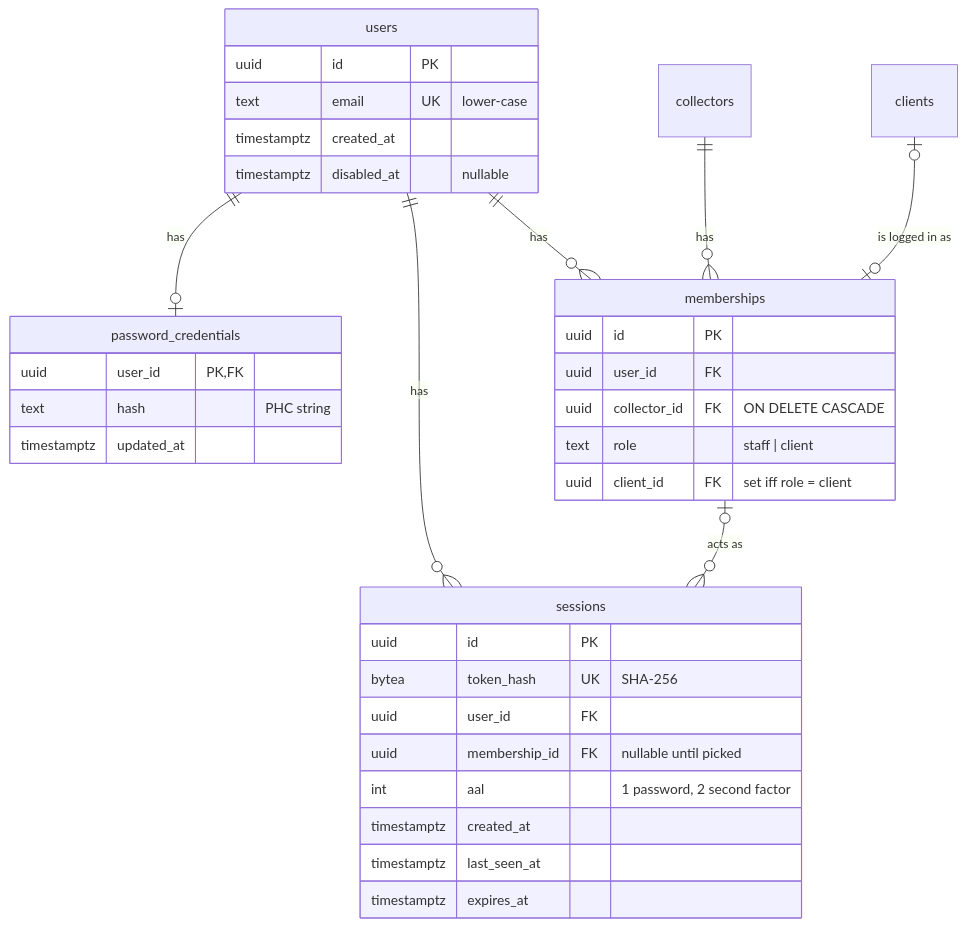
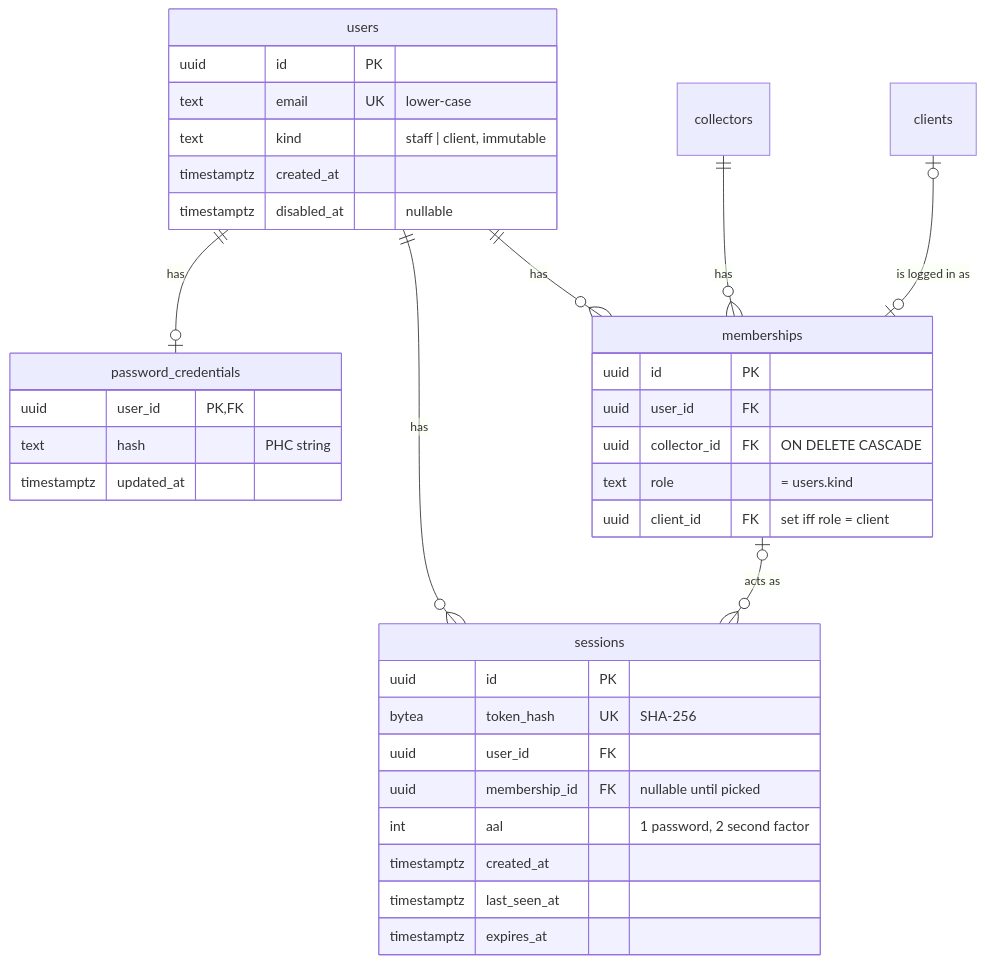
Before and after one commit to TimoSto/tax-return-organizer: the first of 2 diagrams in backend/docs/AUTHENTICATION.md, drawn with Mermaid. The commit also changed other lines of this file and 1 other file, not shown here.

````diff
--- a/backend/docs/AUTHENTICATION.md
+++ b/backend/docs/AUTHENTICATION.md
@@ -32,38 +32,39 @@
 ```mermaid
 erDiagram
     users ||--o| password_credentials : "has"
     users ||--o{ memberships : "has"
     collectors ||--o{ memberships : "has"
     clients |o--o| memberships : "is logged in as"
     users ||--o{ sessions : "has"
     memberships |o--o{ sessions : "acts as"
 
     users {
         uuid id PK
         text email UK "lower-case"
+        text kind "staff | client, immutable"
         timestamptz created_at
         timestamptz disabled_at "nullable"
     }
     password_credentials {
         uuid user_id PK,FK
         text hash "PHC string"
         timestamptz updated_at
     }
     memberships {
         uuid id PK
         uuid user_id FK
         uuid collector_id FK "ON DELETE CASCADE"
-        text role "staff | client"
+        text role "= users.kind"
         uuid client_id FK "set iff role = client"
     }
     sessions {
         uuid id PK
         bytea token_hash UK "SHA-256"
         uuid user_id FK
         uuid membership_id FK "nullable until picked"
         int aal "1 password, 2 second factor"
         timestamptz created_at
         timestamptz last_seen_at
         timestamptz expires_at
     }
 ```
````
